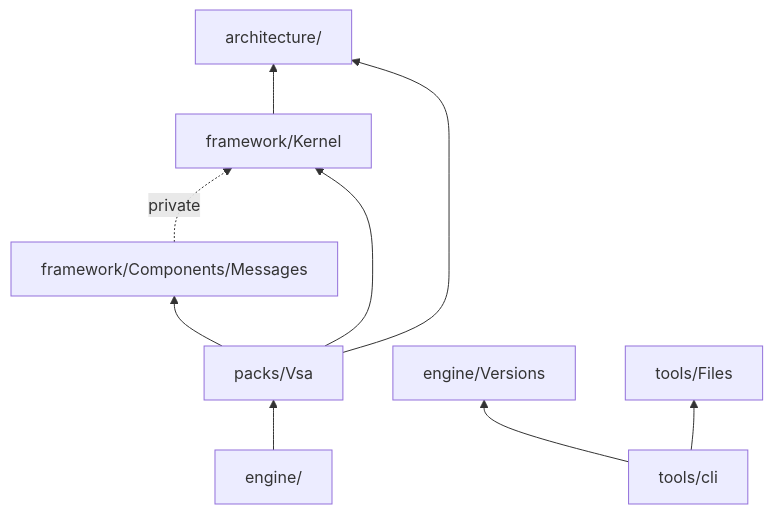
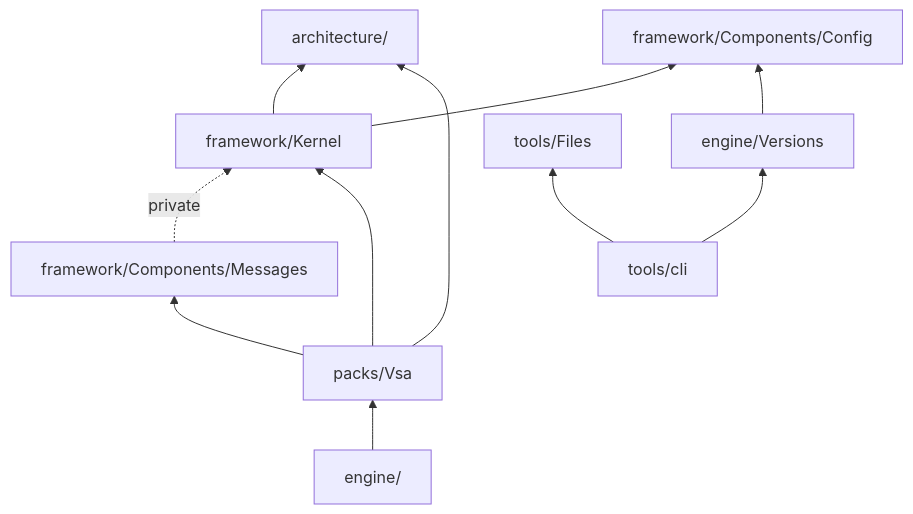
Before and after one commit to MgCohen/vsa-template: the diagram in docs/framework-layout.md, drawn with Mermaid. The commit also changed other lines of this file and 12 other files, not shown here.

````diff
--- a/docs/framework-layout.md
+++ b/docs/framework-layout.md
@@ -17,11 +17,13 @@
 ```mermaid
 flowchart BT
     Kernel["framework/Kernel"] --> Architecture["architecture/"]
     Messages["framework/Components/Messages"] -. private .-> Kernel
+    Kernel --> Config["framework/Components/Config"]
+    Versions --> Config
     Vsa["packs/Vsa"] --> Kernel
     Vsa --> Messages
     Vsa --> Architecture
     Engine["engine/"] --> Vsa
     Cli["tools/cli"] --> Versions["engine/Versions"]
     Cli --> Files["tools/Files"]
 ```
````
